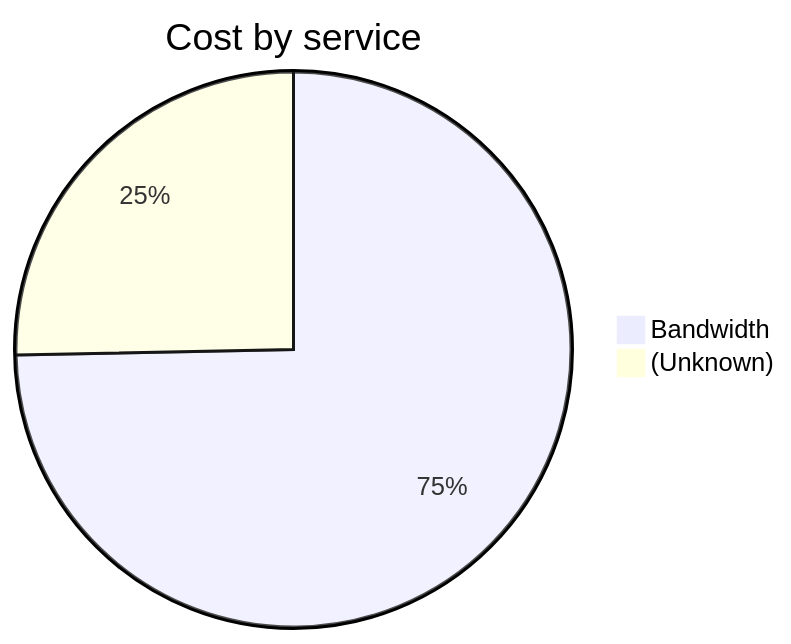
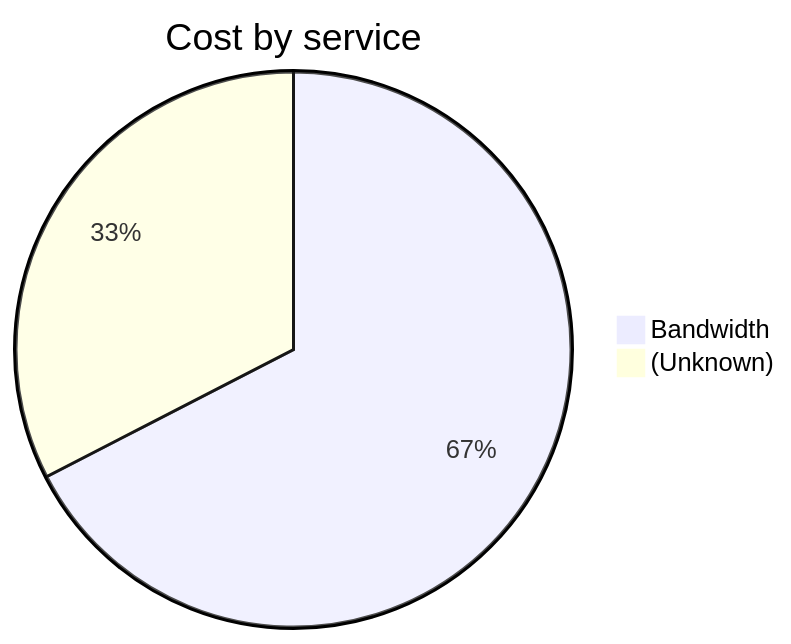
One commit to jpfulton/azure-personal-reports changed the second of 4 diagrams in cost-reports/personal-network/vpn-server.md. Above: the diagram before and after it, drawn with Mermaid. The commit also changed other lines of this file and 8 other files, not shown here.

````diff
--- a/cost-reports/personal-network/vpn-server.md
+++ b/cost-reports/personal-network/vpn-server.md
@@ -96,6 +96,6 @@
 ```mermaid
 pie
    title Cost by service
    "Bandwidth" : 1.18
-   "(Unknown)" : 0.40
+   "(Unknown)" : 0.57
 ```
````
